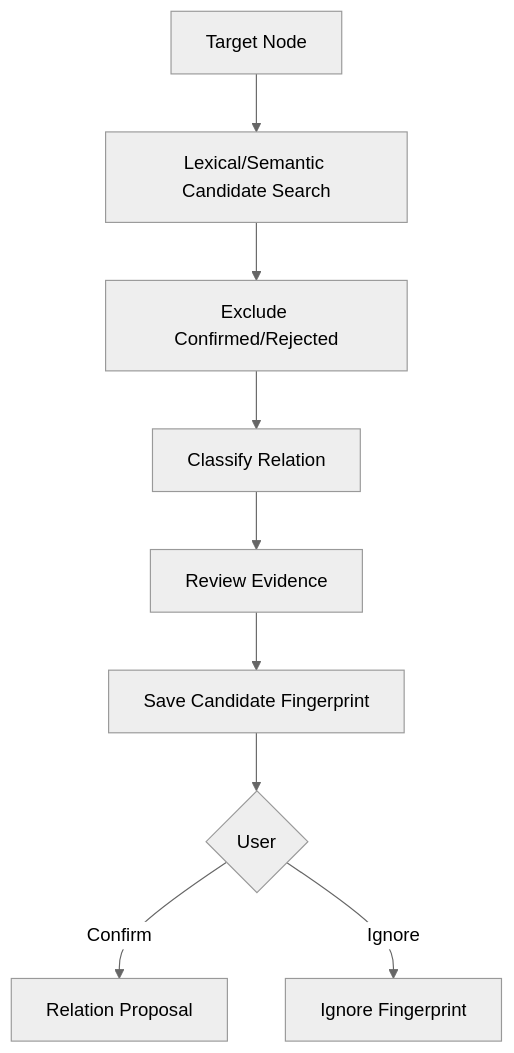
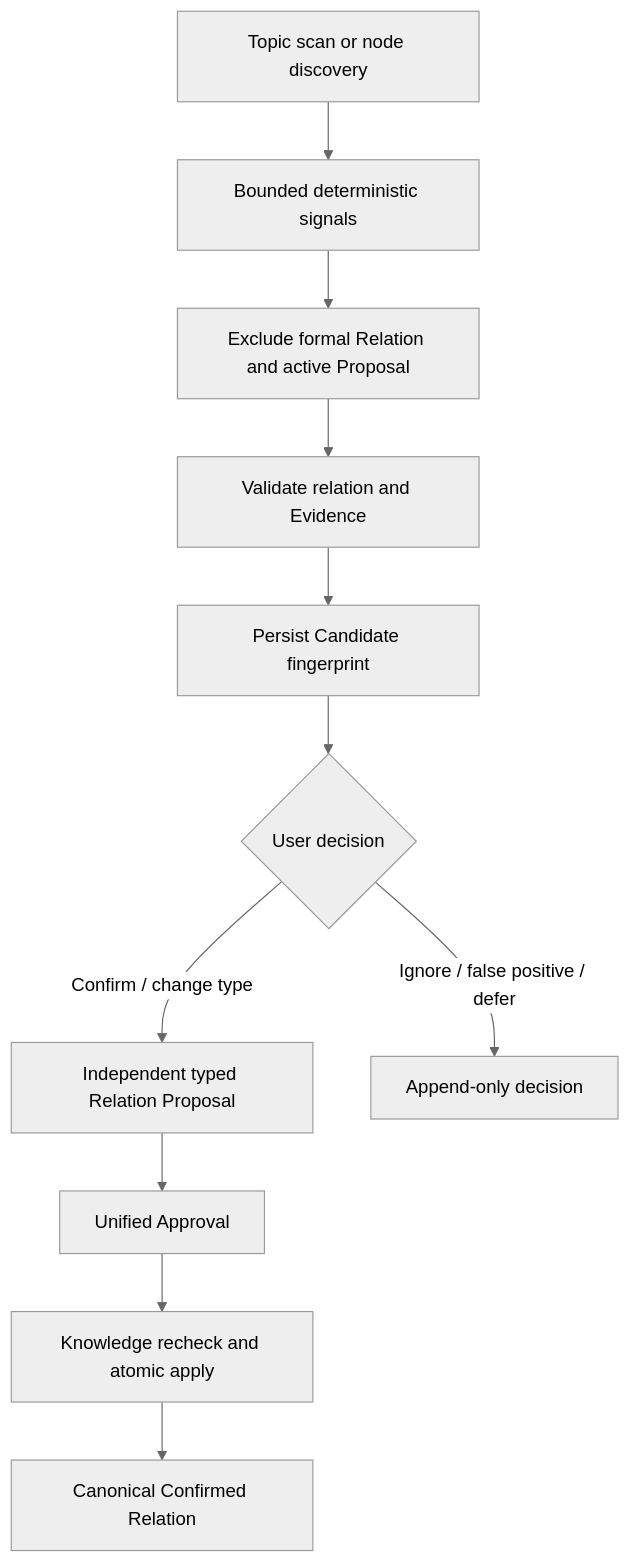
The second of 2 diagrams in docs/architecture/workflows/06-graph-and-semantic-links.md (CodeZen-Lizhi/zhixu), drawn with Mermaid (neutral theme) before and after one commit. The commit also changed other lines of this file and 16 other files, not shown here.

````diff
--- a/docs/architecture/workflows/06-graph-and-semantic-links.md
+++ b/docs/architecture/workflows/06-graph-and-semantic-links.md
@@ -95,11 +96,13 @@
 ```mermaid
 flowchart TD
-    A["Target Node"] --> B["Lexical/Semantic Candidate Search"]
-    B --> C["Exclude Confirmed/Rejected"]
-    C --> D["Classify Relation"]
-    D --> E["Review Evidence"]
-    E --> F["Save Candidate Fingerprint"]
-    F --> G{"User"}
-    G -->|"Confirm"| H["Relation Proposal"]
-    G -->|"Ignore"| I["Ignore Fingerprint"]
+    A["Topic scan or node discovery"] --> B["Bounded deterministic signals"]
+    B --> C["Exclude formal Relation and active Proposal"]
+    C --> D["Validate relation and Evidence"]
+    D --> E["Persist Candidate fingerprint"]
+    E --> F{"User decision"}
+    F -->|"Confirm / change type"| G["Independent typed Relation Proposal"]
+    F -->|"Ignore / false positive / defer"| H["Append-only decision"]
+    G --> I["Unified Approval"]
+    I --> J["Knowledge recheck and atomic apply"]
+    J --> K["Canonical Confirmed Relation"]
 ```
````
